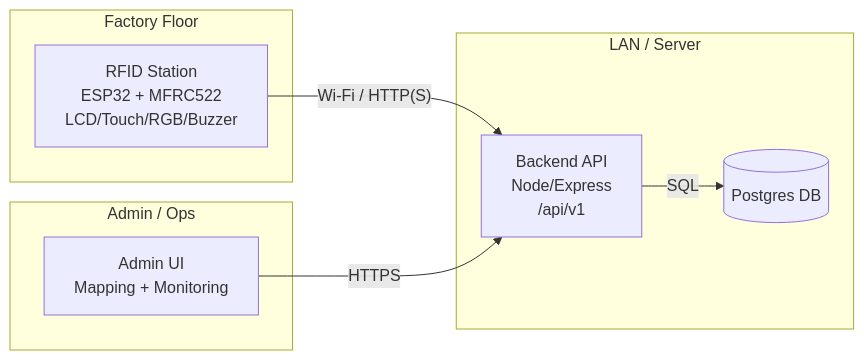
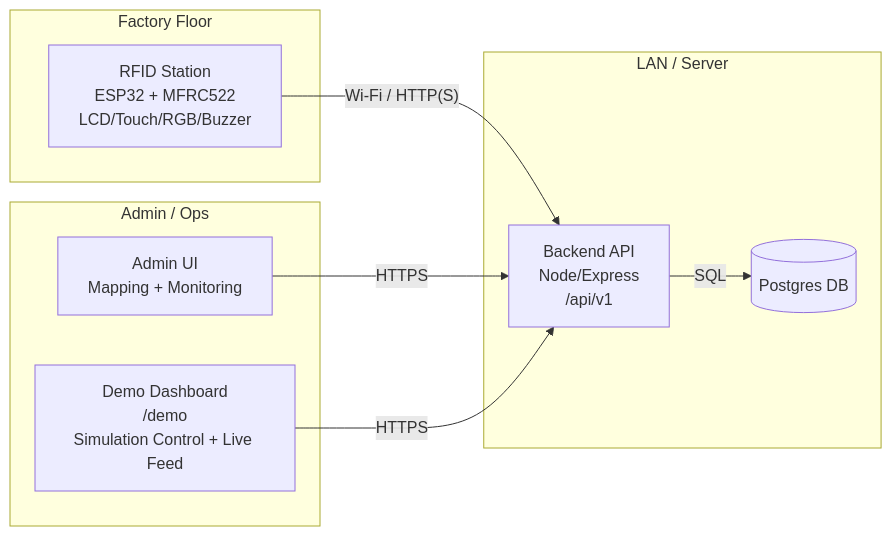
Before and after one commit to rnd-southerniot/rmg-rfid-ets: the first of 3 diagrams in docs/ARCHITECTURE.md, drawn with Mermaid. The commit also changed other lines of this file and 5 other files, not shown here.

Commit message:
docs: update all docs with web demo dashboard

````diff
--- a/docs/ARCHITECTURE.md
+++ b/docs/ARCHITECTURE.md
@@ -14,19 +14,21 @@
 ```mermaid
 flowchart LR
   subgraph Factory_Floor[Factory Floor]
     ST1[RFID Station\nESP32 + MFRC522\nLCD/Touch/RGB/Buzzer]
   end
 
   subgraph LAN_or_Server[LAN / Server]
     API[Backend API\nNode/Express\n/api/v1]
     DB[(Postgres DB)]
   end
 
   subgraph Admin[Admin / Ops]
     UI[Admin UI\nMapping + Monitoring]
+    DEMO[Demo Dashboard\n/demo\nSimulation Control + Live Feed]
   end
 
   ST1 -- Wi‑Fi / HTTP(S) --> API
   UI -- HTTPS --> API
+  DEMO -- HTTPS --> API
   API -- SQL --> DB
 ```
````
